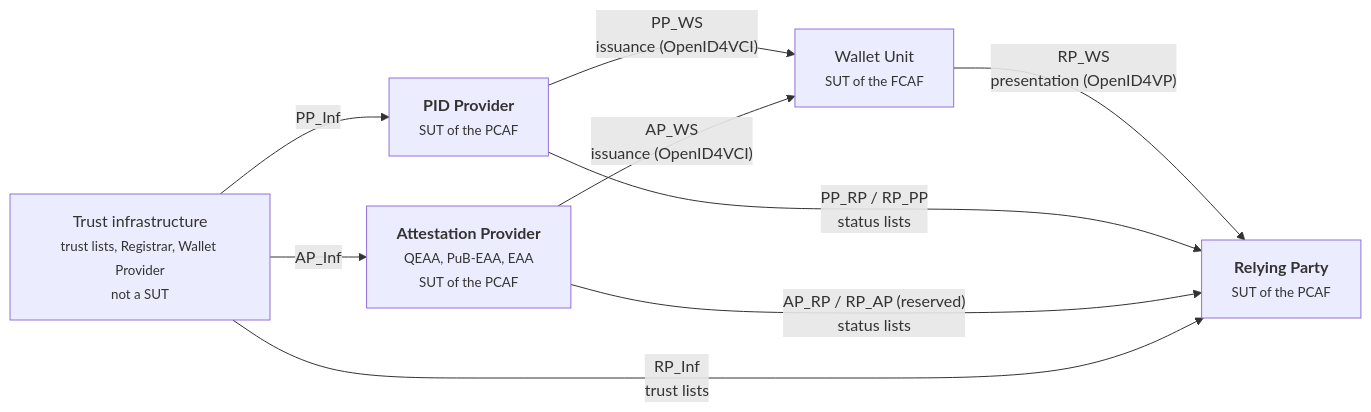
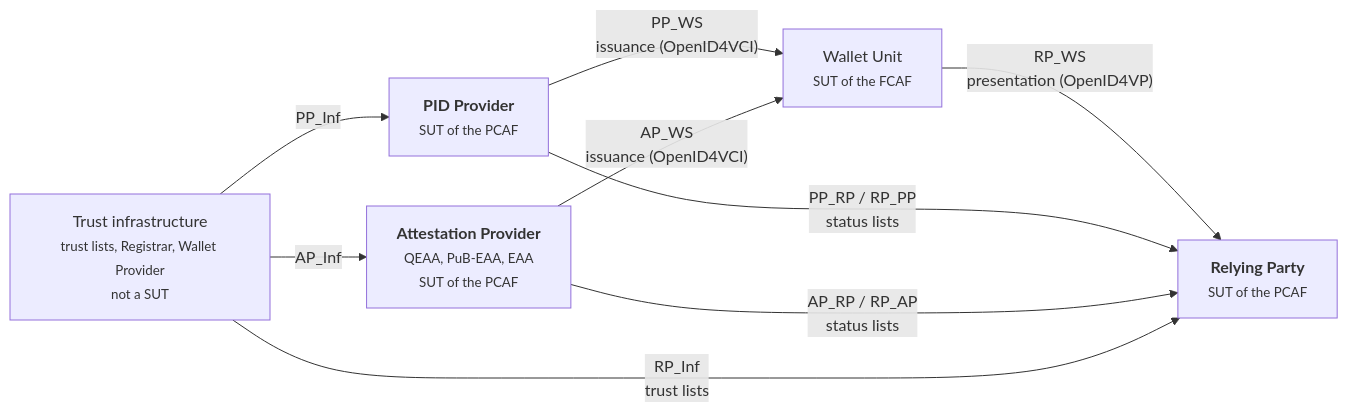
The second of 2 diagrams in website/pcaf/index.md (EgorKhaklin/rp-conformance), drawn with Mermaid before and after one commit. The commit also changed other lines of this file and 183 other files, not shown here.

````diff
--- a/website/pcaf/index.md
+++ b/website/pcaf/index.md
@@ -89,19 +89,19 @@
 ```mermaid
 flowchart LR
 
     INF["Trust infrastructure<br/><small>trust lists, Registrar, Wallet Provider<br/>not a SUT</small>"]
     WU["Wallet Unit<br/><small>SUT of the FCAF</small>"]
 
     PP["<b>PID Provider</b><br/><small>SUT of the PCAF</small>"]
     AP["<b>Attestation Provider</b><br/><small>QEAA, PuB-EAA, EAA<br/>SUT of the PCAF</small>"]
     RP["<b>Relying Party</b><br/><small>SUT of the PCAF</small>"]
 
     PP -- "PP_WS<br/>issuance (OpenID4VCI)" --> WU
     AP -- "AP_WS<br/>issuance (OpenID4VCI)" --> WU
     WU -- "RP_WS<br/>presentation (OpenID4VP)" --> RP
     PP -- "PP_RP / RP_PP<br/>status lists" --> RP
-    AP -- "AP_RP / RP_AP (reserved)<br/>status lists" --> RP
+    AP -- "AP_RP / RP_AP<br/>status lists" --> RP
     INF -- "PP_Inf" --> PP
     INF -- "AP_Inf" --> AP
     INF -- "RP_Inf<br/>trust lists" --> RP
 ```
````
